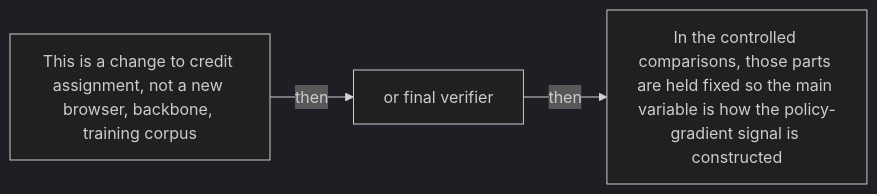
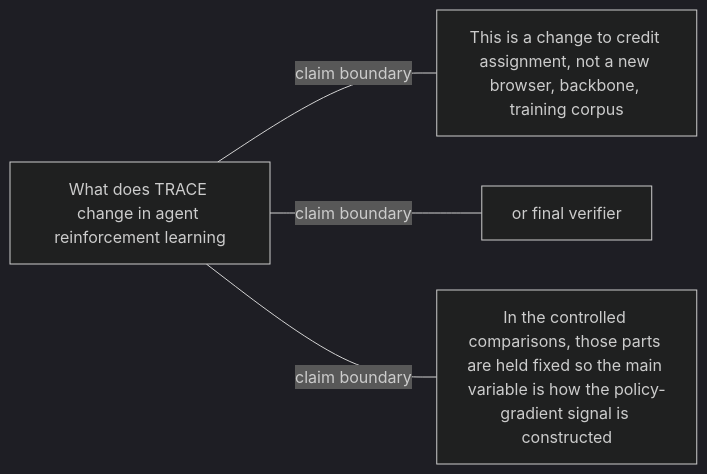
Before and after one commit to Betancourt1/paper_atlas: diagram 12 of 48 in docs/visual-manifests/VISUAL_MANIFEST_TRACE.md, drawn with Mermaid (dark theme). The commit also changed other lines of this file and 7 other files, not shown here.

````diff
--- a/docs/visual-manifests/VISUAL_MANIFEST_TRACE.md
+++ b/docs/visual-manifests/VISUAL_MANIFEST_TRACE.md
@@ -890,8 +955,10 @@
 ```mermaid
 flowchart LR
-  n1["This is a change to credit assignment, not a new browser, backbone, training corpus"]
-  n2["or final verifier"]
-  n3["In the controlled comparisons, those parts are held fixed so the main variable is how the policy-gradient signal is constructed"]
-  n1 -->|"then"| n2
-  n2 -->|"then"| n3
+  center["What does TRACE change in agent reinforcement learning"]
+  f1["This is a change to credit assignment, not a new browser, backbone, training corpus"]
+  f2["or final verifier"]
+  f3["In the controlled comparisons, those parts are held fixed so the main variable is how the policy-gradient signal is constructed"]
+  center ---|"claim boundary"| f1
+  center ---|"claim boundary"| f2
+  center ---|"claim boundary"| f3
 ```
````
